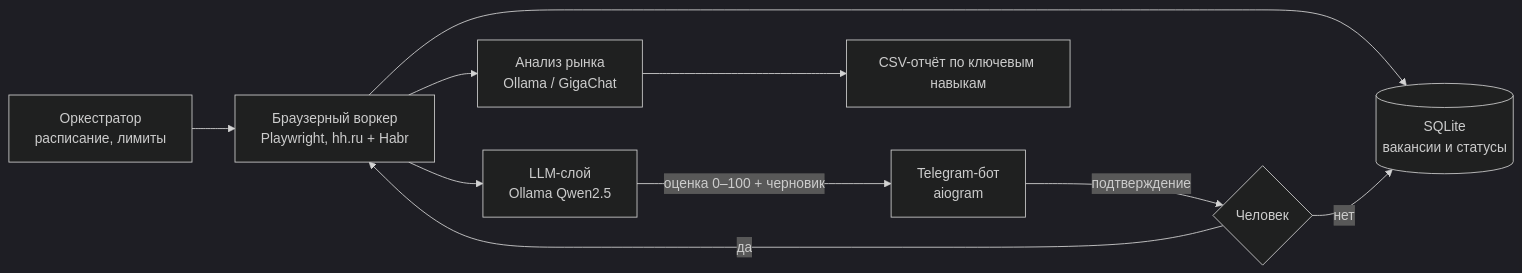
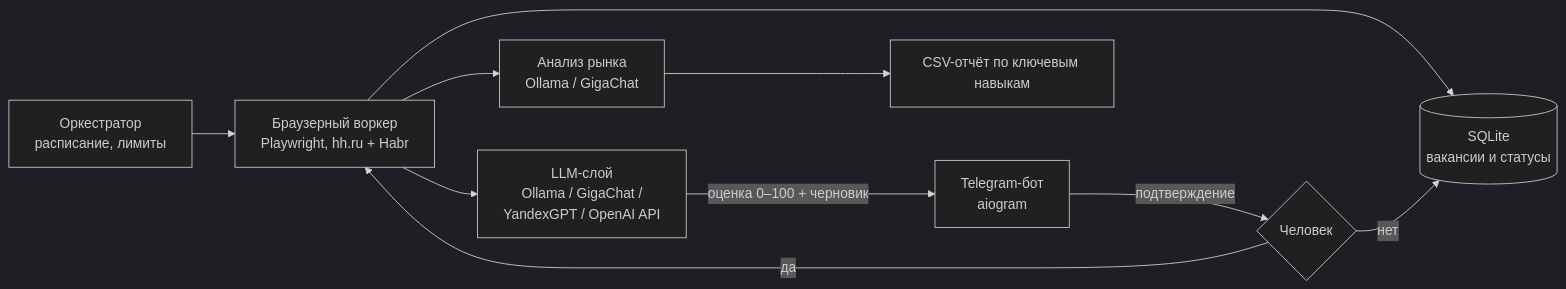
Before and after one commit to DanilHorror/hh-agent: the diagram in README.md, drawn with Mermaid (dark theme). The commit also changed other lines of this file and 17 other files, not shown here.

Commit message:
Слой LLM-провайдеров и запуск тестов через pytest

````diff
--- a/README.md
+++ b/README.md
@@ -7,12 +7,12 @@
 ```mermaid
 flowchart LR
     S[Оркестратор<br/>расписание, лимиты] --> B[Браузерный воркер<br/>Playwright, hh.ru + Habr]
     B --> DB[(SQLite<br/>вакансии и статусы)]
-    B --> L[LLM-слой<br/>Ollama Qwen2.5]
+    B --> L[LLM-слой<br/>Ollama / GigaChat /<br/>YandexGPT / OpenAI API]
     L -->|оценка 0–100 + черновик| N[Telegram-бот<br/>aiogram]
     N -->|подтверждение| H{Человек}
     H -->|да| B
     H -->|нет| DB
     B --> M[Анализ рынка<br/>Ollama / GigaChat]
     M --> R[CSV-отчёт по ключевым навыкам]
 ```
````
